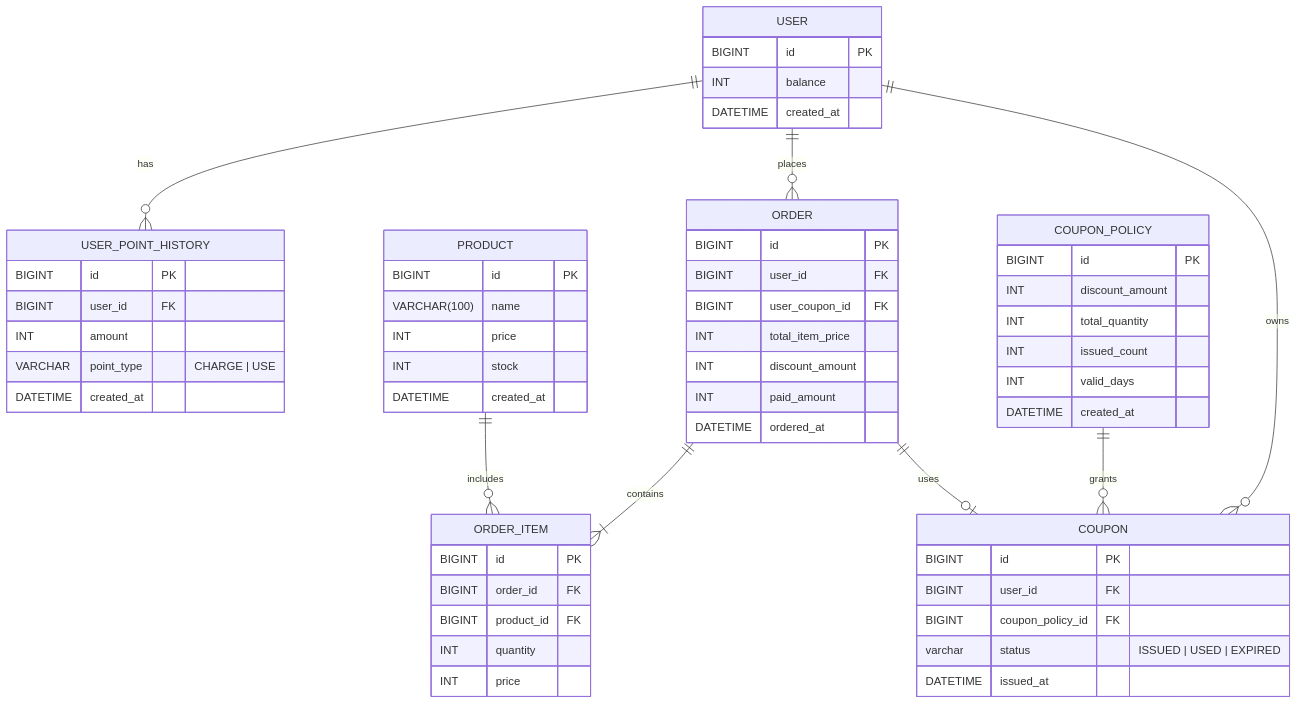
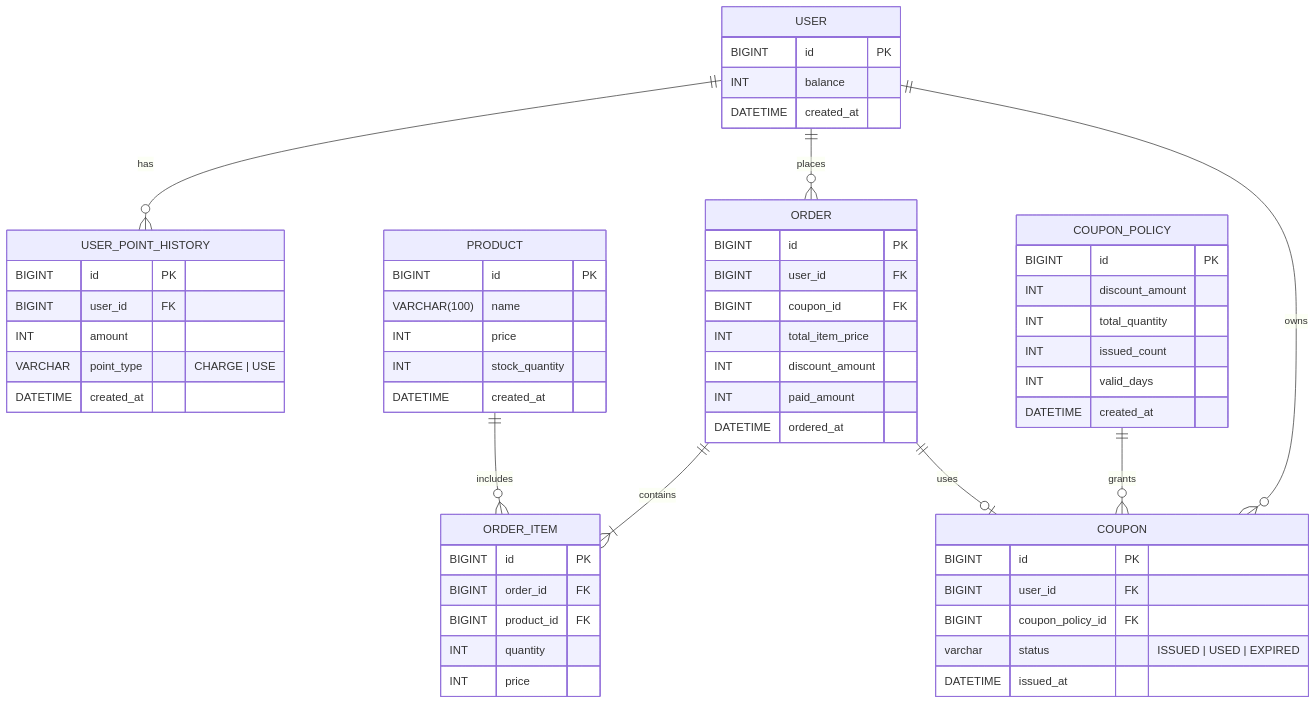
One commit to eunsol-an/e-commerce-server changed the diagram in docs/03_entity_relationship_diagram.md. Above: the diagram before and after it, drawn with Mermaid. The commit also changed other lines of this file, not shown here.

Commit message:
docs: ERD 수정
- stock을 stock_quantity로 수정
- user_coupon_id를 coupon_id로 수정
- unit_price를 price로 수정

````diff
--- a/docs/03_entity_relationship_diagram.md
+++ b/docs/03_entity_relationship_diagram.md
@@ -16,69 +16,69 @@
 ```mermaid
 erDiagram
     USER {
         BIGINT id PK
         INT balance
         DATETIME created_at
     }
 
     USER_POINT_HISTORY {
         BIGINT id PK
         BIGINT user_id FK
         INT amount
         VARCHAR point_type "CHARGE | USE"
         DATETIME created_at
     }
 
     PRODUCT {
         BIGINT id PK
         VARCHAR(100) name
         INT price
-        INT stock
+        INT stock_quantity
         DATETIME created_at
     }
 
     "ORDER" {
         BIGINT id PK
         BIGINT user_id FK
-        BIGINT user_coupon_id FK
+        BIGINT coupon_id FK
         INT total_item_price
         INT discount_amount
         INT paid_amount
         DATETIME ordered_at
     }
 
     ORDER_ITEM {
         BIGINT id PK
         BIGINT order_id FK
         BIGINT product_id FK
         INT quantity
         INT price
     }
 
     COUPON_POLICY {
         BIGINT id PK
         INT discount_amount
         INT total_quantity
         INT issued_count
         INT valid_days
         DATETIME created_at
     }
 
     COUPON {
         BIGINT id PK
         BIGINT user_id FK
         BIGINT coupon_policy_id FK
         varchar status "ISSUED | USED | EXPIRED"
         DATETIME issued_at
     }
 
     %% 관계 설정
     USER ||--o{ USER_POINT_HISTORY : has
     USER ||--o{ "ORDER" : places
     USER ||--o{ COUPON : owns
     PRODUCT ||--o{ ORDER_ITEM : includes
     "ORDER" ||--|{ ORDER_ITEM : contains
     "ORDER" ||--o| COUPON : uses
     COUPON_POLICY ||--o{ COUPON : grants
 
 ```
````
